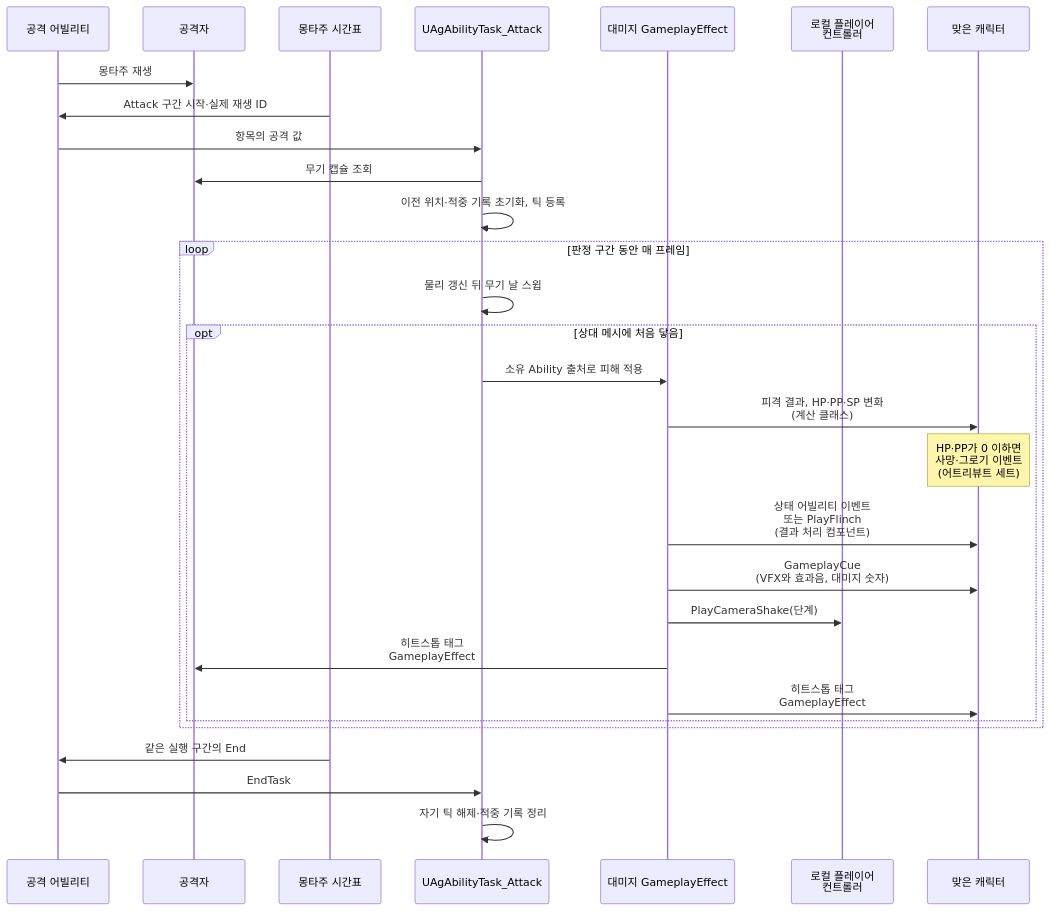
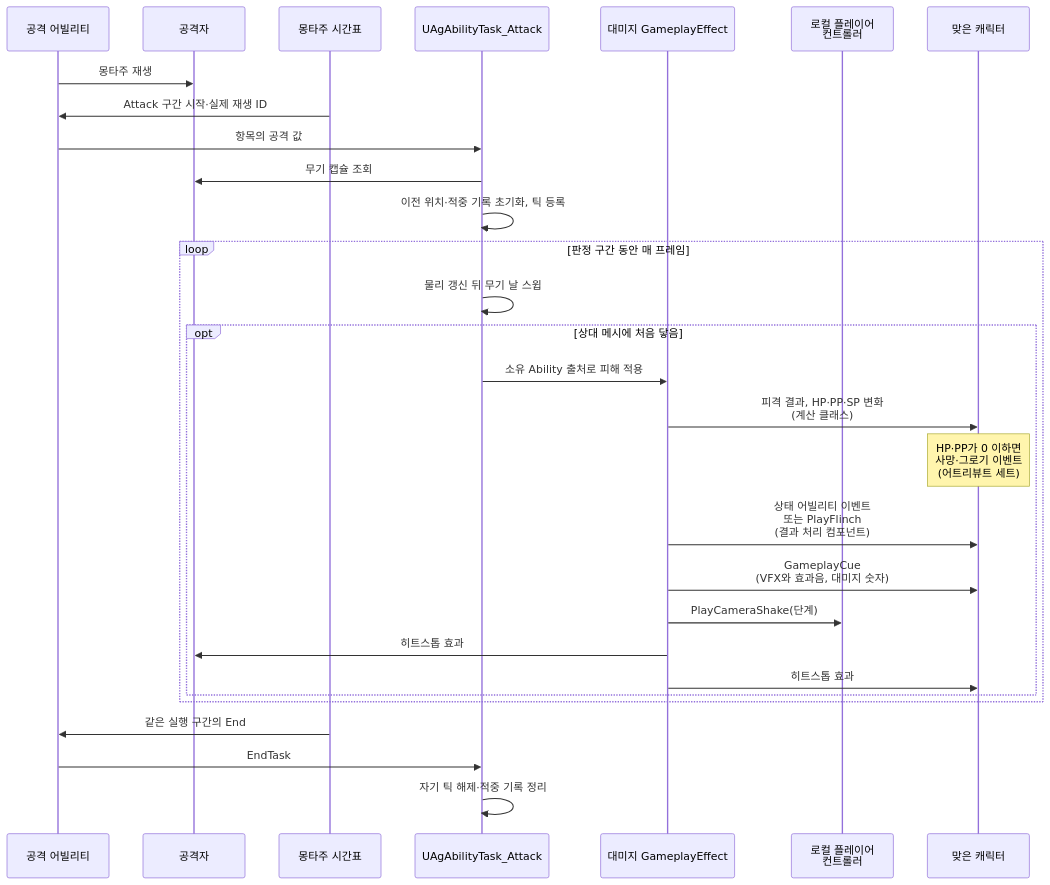
Before and after one commit to Woogl/Ag: the third of 3 diagrams in Docs/Program/대미지와 피격 처리.md, drawn with Mermaid. The commit also changed other lines of this file and 93 other files, not shown here.

````diff
--- a/Docs/Program/대미지와 피격 처리.md
+++ b/Docs/Program/대미지와 피격 처리.md
@@ -71,31 +72,31 @@
 ```mermaid
 sequenceDiagram
     participant GA as 공격 어빌리티
     participant A as 공격자
     participant N as 몽타주 시간표
     participant AT as UAgAbilityTask_Attack
     participant G as 대미지 GameplayEffect
     participant P as 로컬 플레이어<br>컨트롤러
     participant T as 맞은 캐릭터
     GA->>A: 몽타주 재생
     N->>GA: Attack 구간 시작·실제 재생 ID
     GA->>AT: 항목의 공격 값
     AT->>A: 무기 캡슐 조회
     AT->>AT: 이전 위치·적중 기록 초기화, 틱 등록
     loop 판정 구간 동안 매 프레임
         AT->>AT: 물리 갱신 뒤 무기 날 스윕
         opt 상대 메시에 처음 닿음
             AT->>G: 소유 Ability 출처로 피해 적용
             G->>T: 피격 결과, HP·PP·SP 변화<br>(계산 클래스)
             Note over T: HP·PP가 0 이하면<br>사망·그로기 이벤트<br>(어트리뷰트 세트)
             G->>T: 상태 어빌리티 이벤트<br>또는 PlayFlinch<br>(결과 처리 컴포넌트)
             G->>T: GameplayCue<br>(VFX와 효과음, 대미지 숫자)
             G->>P: PlayCameraShake(단계)
-            G->>A: 히트스톱 태그<br>GameplayEffect
-            G->>T: 히트스톱 태그<br>GameplayEffect
+            G->>A: 히트스톱 효과
+            G->>T: 히트스톱 효과
         end
     end
     N->>GA: 같은 실행 구간의 End
     GA->>AT: EndTask
     AT->>AT: 자기 틱 해제·적중 기록 정리
 ```
````
